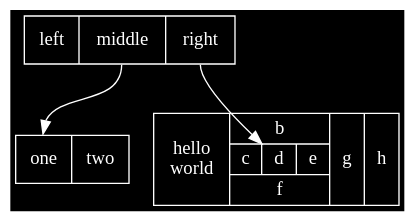
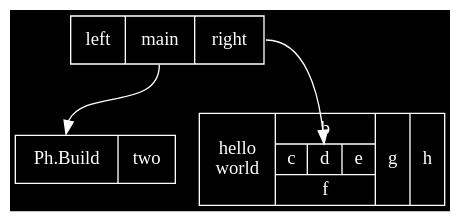
The tenth of 10 diagrams in README.md (phiwen96/ph), drawn with Graphviz before and after one commit. The commit also changed other lines of this file, not shown here.

````diff
--- a/README.md
+++ b/README.md
@@ -334,18 +337,18 @@
 ```graphviz
   digraph structs {
 	  	graph [bgcolor=black]
 		node [fillcolor=black style=filled color=white fontcolor=white]
 		edge [color=white fontcolor=white]
   		node [shape=record];
 
-      	struct1 [shape=record,label="<f0> left|<f1> middle|<f2> right"];
+      	struct1 [shape=record,label="<f0> left|<main> main|<f2> right"];
 
-    	struct2 [shape=record,label="<f0> one|<f1> two"];
+    	struct2 [shape=record,label="<f0> Ph.Build|<main> two"];
 		
       	struct3 [shape=record,label="hello\nworld |{ b |{c|<here> d|e}| f}| g | h"];
 
-      	struct1:f1 -> struct2:f0;
+      	struct1:main -> struct2:f0;
 
       	struct1:f2 -> struct3:here;
 }
 ```
````
